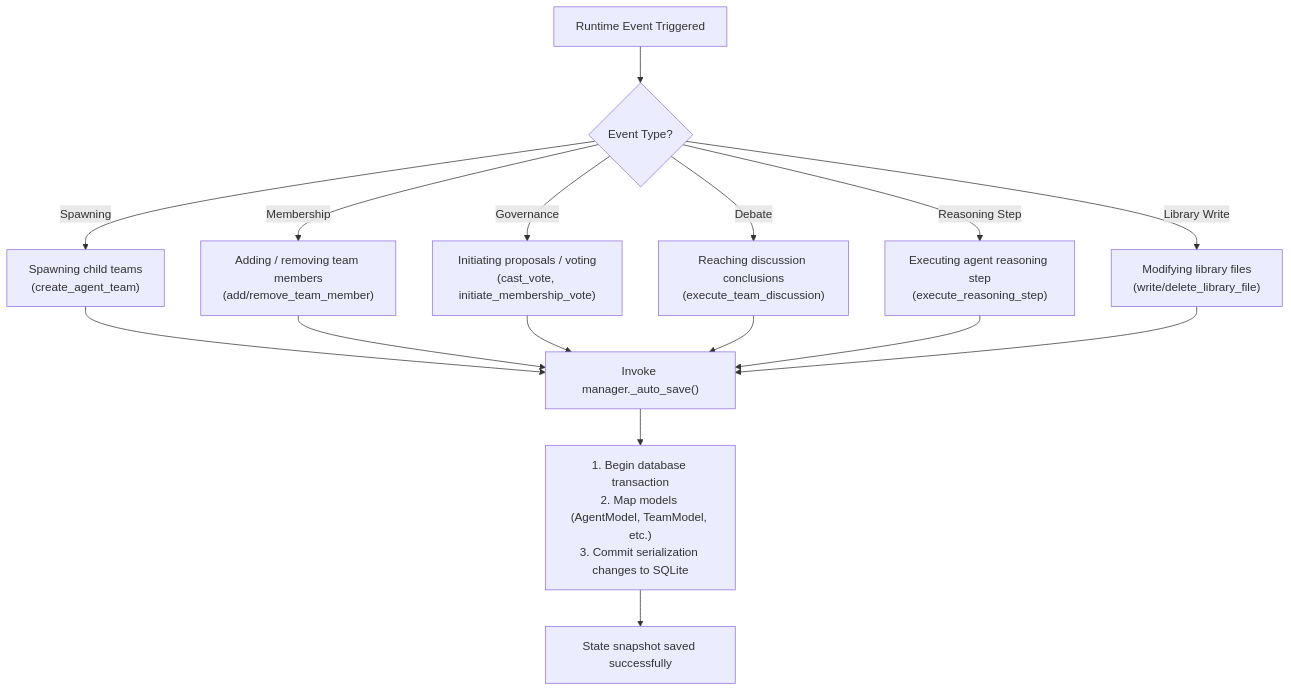
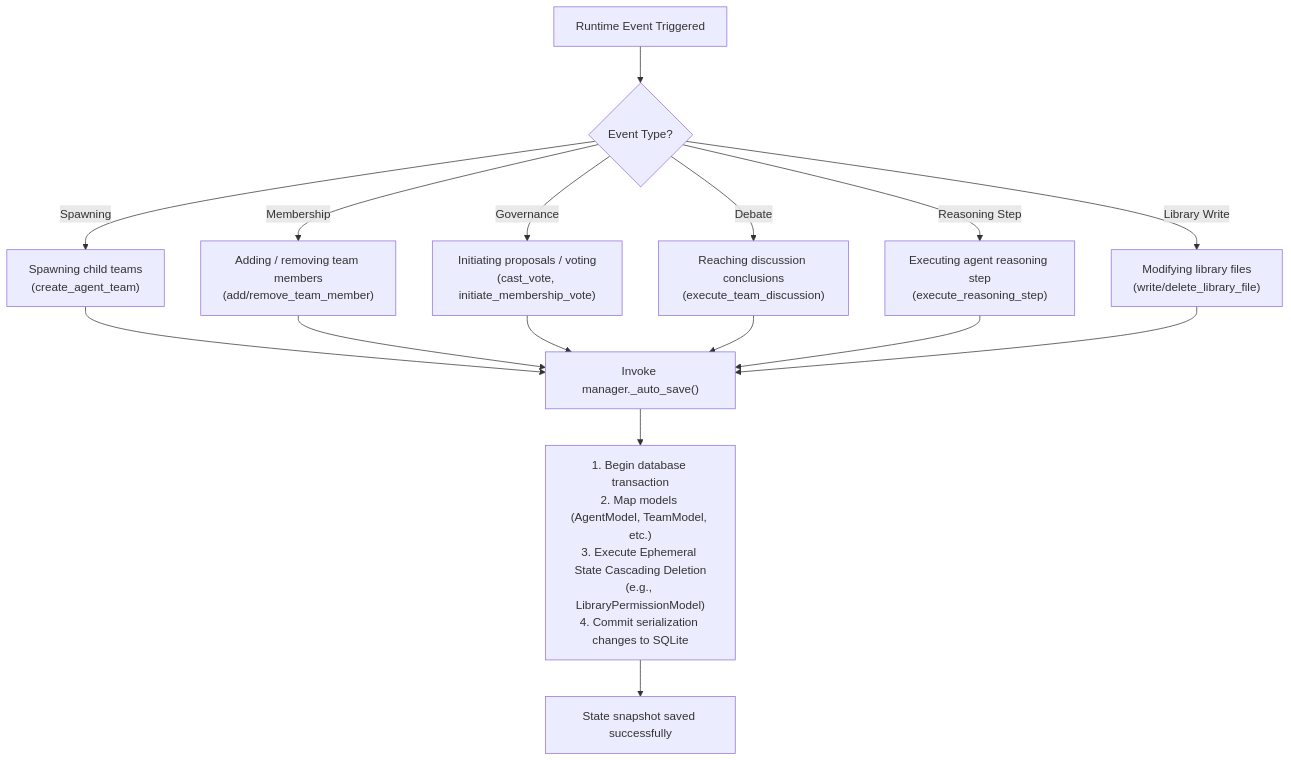
Before and after one commit to AI-Team-Team/AI-Team-Team: the first of 2 diagrams in docs/flowcharts/State_Persistence.md, drawn with Mermaid. The commit also changed other lines of this file and 12 other files, not shown here.

First line of the commit message:
docs(architecture): comprehensively update architecture specifications and flowcharts

````diff
--- a/docs/flowcharts/State_Persistence.md
+++ b/docs/flowcharts/State_Persistence.md
@@ -9,21 +9,21 @@
 ```mermaid
 flowchart TD
     Start["Runtime Event Triggered"] --> EventType{"Event Type?"}
     
     EventType -- "Spawning" --> Save1["Spawning child teams\n(create_agent_team)"]
     EventType -- "Membership" --> Save2["Adding / removing team members\n(add/remove_team_member)"]
     EventType -- "Governance" --> Save3["Initiating proposals / voting\n(cast_vote, initiate_membership_vote)"]
     EventType -- "Debate" --> Save4["Reaching discussion conclusions\n(execute_team_discussion)"]
     EventType -- "Reasoning Step" --> Save5["Executing agent reasoning step\n(execute_reasoning_step)"]
     EventType -- "Library Write" --> Save6["Modifying library files\n(write/delete_library_file)"]
     
     Save1 --> AutoSave["Invoke manager._auto_save()"]
     Save2 --> AutoSave
     Save3 --> AutoSave
     Save4 --> AutoSave
     Save5 --> AutoSave
     Save6 --> AutoSave
     
-    AutoSave --> SerializeORM["1. Begin database transaction\n2. Map models (AgentModel, TeamModel, etc.)\n3. Commit serialization changes to SQLite"]
+    AutoSave --> SerializeORM["1. Begin database transaction\n2. Map models (AgentModel, TeamModel, etc.)\n3. Execute Ephemeral State Cascading Deletion\n(e.g., LibraryPermissionModel)\n4. Commit serialization changes to SQLite"]
     SerializeORM --> End["State snapshot saved successfully"]
 ```
````
